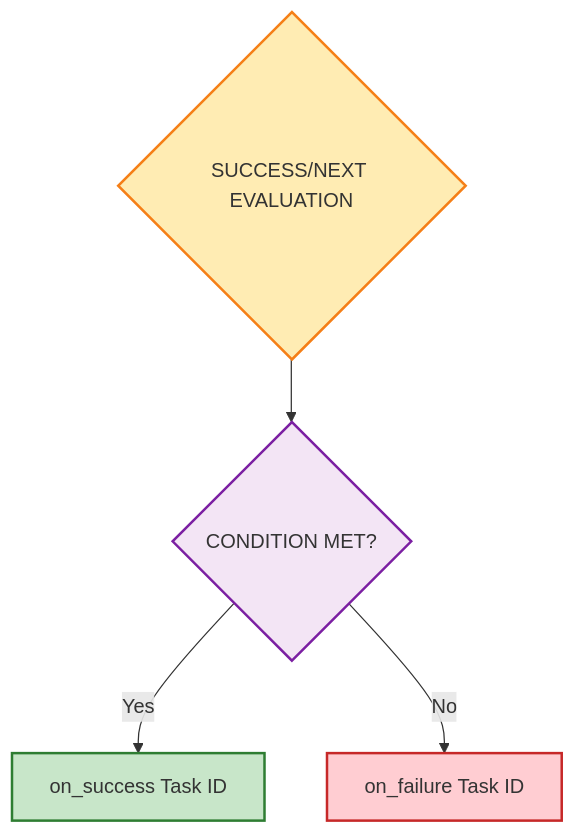
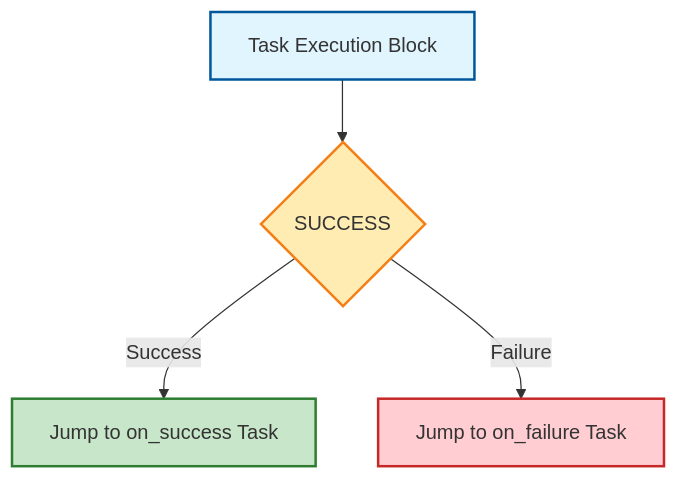
One commit to bastelbude1/Tasker changed the third of 5 diagrams in TaskER_FlowChart.md. Above: the diagram before and after it, drawn with Mermaid. The commit also changed other lines of this file, not shown here.

First line of the commit message:
🔄 Split Success Check into two distinct flow control types

````diff
--- a/TaskER_FlowChart.md
+++ b/TaskER_FlowChart.md
@@ -89,11 +98,11 @@
 ```mermaid
 flowchart TD
-    A{SUCCESS/NEXT EVALUATION} --> B{CONDITION MET?}
-    B -->|Yes| C[on_success Task ID]
-    B -->|No| D[on_failure Task ID]
+    A[Task Execution Block] --> B{SUCCESS}
+    B -->|Success| C[Jump to on_success Task]
+    B -->|Failure| D[Jump to on_failure Task]
 
-    style A fill:#ffecb3,stroke:#f57f17,stroke-width:2px
-    style B fill:#f3e5f5,stroke:#7b1fa2,stroke-width:2px
+    style A fill:#e1f5fe,stroke:#01579b,stroke-width:2px
+    style B fill:#ffecb3,stroke:#f57f17,stroke-width:2px
     style C fill:#c8e6c9,stroke:#2e7d32,stroke-width:2px
     style D fill:#ffcdd2,stroke:#c62828,stroke-width:2px
 ```
````
